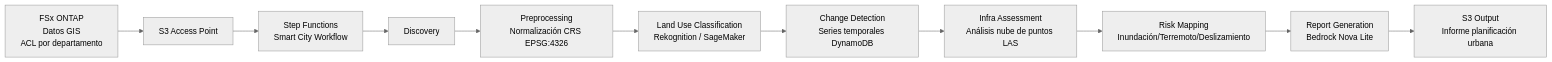
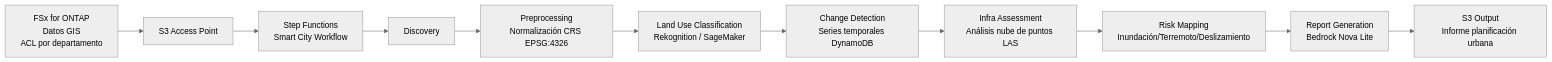
The diagram in smart-city-geospatial/docs/architecture.es.md (Yoshiki0705/FSx-for-ONTAP-S3AccessPoints-Serverless-Patterns), drawn with Mermaid (neutral theme) before and after one commit. The commit also changed other lines of this file and 752 other files, not shown here.

````diff
--- a/smart-city-geospatial/docs/architecture.es.md
+++ b/smart-city-geospatial/docs/architecture.es.md
@@ -13,13 +13,13 @@
 ```mermaid
 graph LR
-    FSx[FSx ONTAP<br/>Datos GIS<br/>ACL por departamento] --> S3AP[S3 Access Point]
+    FSx[FSx for ONTAP<br/>Datos GIS<br/>ACL por departamento] --> S3AP[S3 Access Point]
     S3AP --> SFN[Step Functions<br/>Smart City Workflow]
     SFN --> L1[Discovery]
     L1 --> L2[Preprocessing<br/>Normalización CRS EPSG:4326]
     L2 --> L3[Land Use Classification<br/>Rekognition / SageMaker]
     L3 --> L4[Change Detection<br/>Series temporales DynamoDB]
     L4 --> L5[Infra Assessment<br/>Análisis nube de puntos LAS]
     L5 --> L6[Risk Mapping<br/>Inundación/Terremoto/Deslizamiento]
     L6 --> L7[Report Generation<br/>Bedrock Nova Lite]
     L7 --> S3O[S3 Output<br/>Informe planificación urbana]
 ```
````
